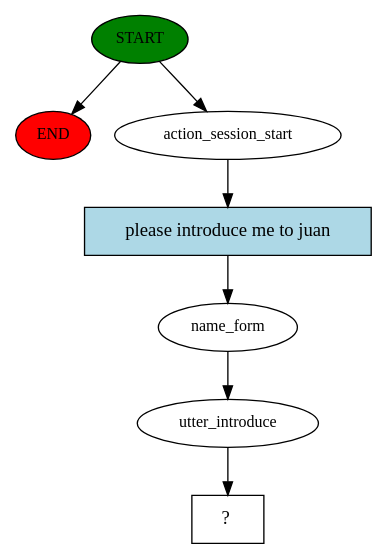
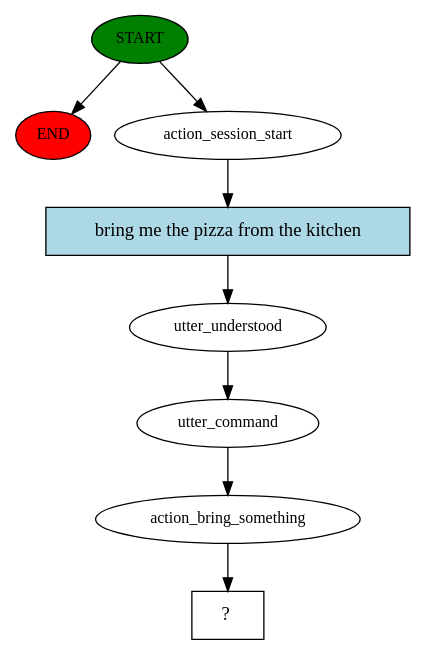
The diagram in rasa/story_graph.dot (RoBorregos/robocup-home), drawn with Graphviz before and after one commit. The commit also changed 11 other files, not shown here.

First line of the commit message:
Action server for bring something

```diff
--- a/rasa/story_graph.dot
+++ b/rasa/story_graph.dot
@@ -1,15 +1,17 @@
 digraph  {
 0 [class="start active", fillcolor=green, fontsize=12, label=START, style=filled];
 "-1" [class=end, fillcolor=red, fontsize=12, label=END, style=filled];
 1 [class=active, fontsize=12, label=action_session_start];
-2 [class=active, fontsize=12, label=name_form];
-3 [class=active, fontsize=12, label=utter_introduce];
-4 [class="intent dashed active", label="  ?  ", shape=rect];
-5 [class="intent active", fillcolor=lightblue, label="please introduce me to juan", shape=rect, style=filled];
+2 [class=active, fontsize=12, label=utter_understood];
+3 [class=active, fontsize=12, label=utter_command];
+4 [class=active, fontsize=12, label=action_bring_something];
+5 [class="intent dashed active", label="  ?  ", shape=rect];
+6 [class="intent active", fillcolor=lightblue, label="bring me the pizza from the kitchen", shape=rect, style=filled];
 0 -> "-1"  [class="", key=NONE, label=""];
 0 -> 1  [class=active, key=NONE, label=""];
-1 -> 5  [class=active, key=0];
+1 -> 6  [class=active, key=0];
 2 -> 3  [class=active, key=NONE, label=""];
 3 -> 4  [class=active, key=NONE, label=""];
-5 -> 2  [class=active, key=0];
+4 -> 5  [class=active, key=NONE, label=""];
+6 -> 2  [class=active, key=0];
 }
```
